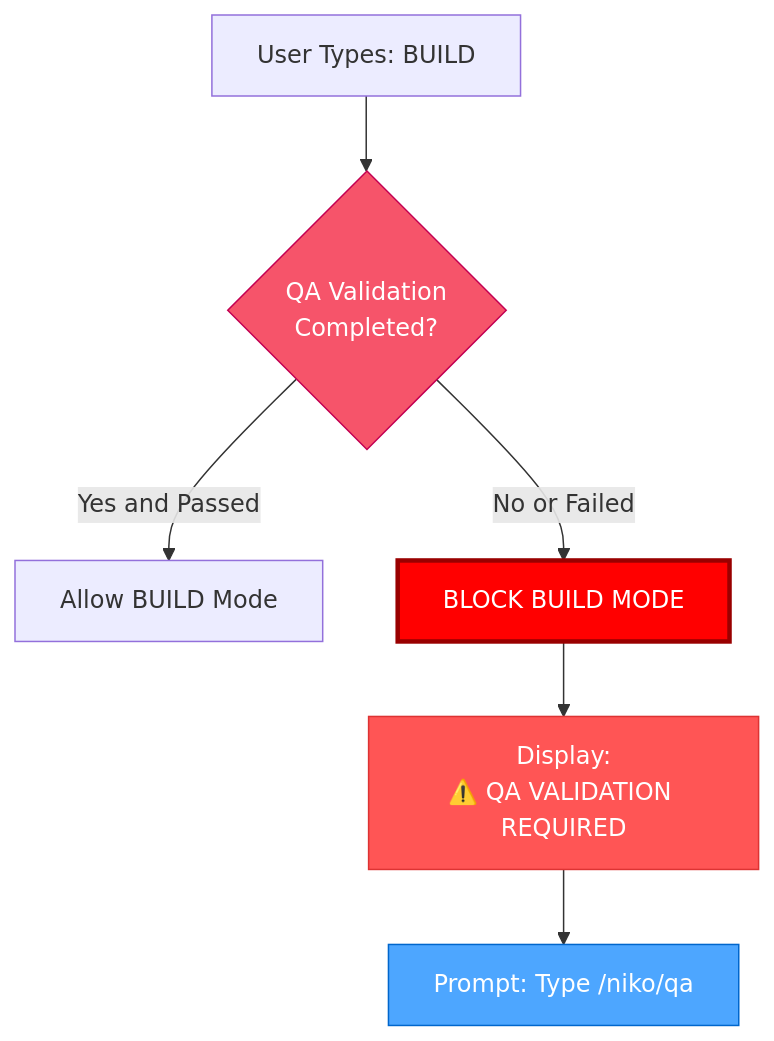
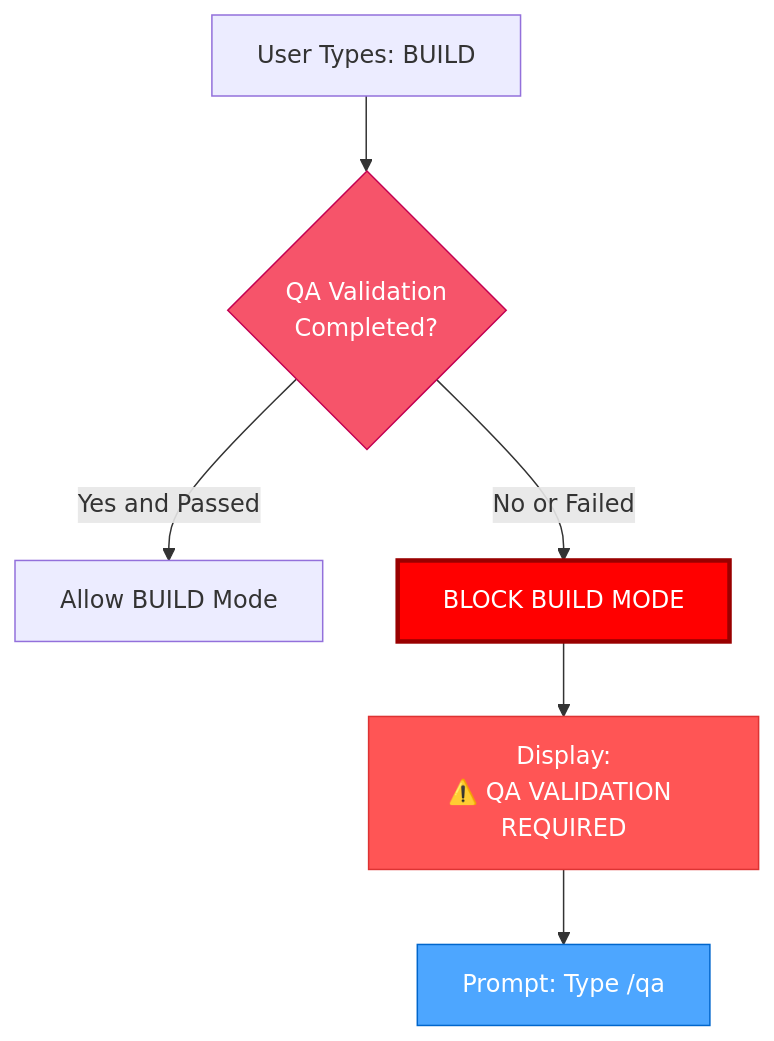
The diagram in rulesets/niko/niko/visual-maps/van_mode_split/van-qa-utils/mode-transitions.mdc (Texarkanine/.cursor-rules), drawn with Mermaid before and after one commit. The commit also changed other lines of this file and 24 other files, not shown here.

````diff
--- a/rulesets/niko/niko/visual-maps/van_mode_split/van-qa-utils/mode-transitions.mdc
+++ b/rulesets/niko/niko/visual-maps/van_mode_split/van-qa-utils/mode-transitions.mdc
@@ -14,13 +14,13 @@
 ```mermaid
 graph TD
     Start["User Types: BUILD"] --> CheckQA{"QA Validation<br>Completed?"}
     CheckQA -->|"Yes and Passed"| AllowBuild["Allow BUILD Mode"]
     CheckQA -->|"No or Failed"| BlockBuild["BLOCK BUILD MODE"]
     BlockBuild --> Message["Display:<br>⚠️ QA VALIDATION REQUIRED"]
-    Message --> ReturnToVANQA["Prompt: Type /niko/qa"]
+    Message --> ReturnToVANQA["Prompt: Type /qa"]
     
     style CheckQA fill:#f6546a,stroke:#c30052,color:white
     style BlockBuild fill:#ff0000,stroke:#990000,color:white,stroke-width:3px
     style Message fill:#ff5555,stroke:#dd3333,color:white
     style ReturnToVANQA fill:#4da6ff,stroke:#0066cc,color:white
 ```
````
